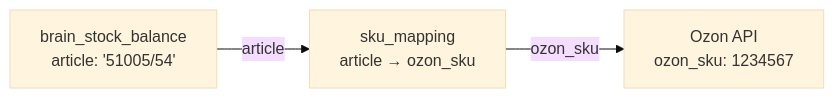
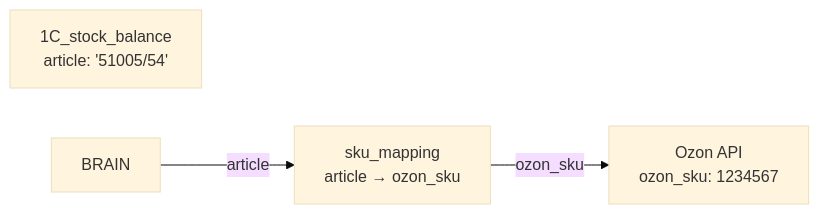
One commit to Sign25/Docs changed the second of 2 diagrams in logistic/adolf_logistic_5_1c_integration.md. Above: the diagram before and after it, drawn with Mermaid (base theme). The commit also changed other lines of this file, not shown here.

Commit message:
refactor(logistic): rename brain_* -> 1C_*, update A1 links to 1cexport

````diff
--- a/logistic/adolf_logistic_5_1c_integration.md
+++ b/logistic/adolf_logistic_5_1c_integration.md
@@ -87,8 +87,8 @@
 ```mermaid
 flowchart LR
-    BRAIN["brain_stock_balance<br/>article: '51005/54'"]
+    ONEC["1C_stock_balance<br/>article: '51005/54'"]
     SKU["sku_mapping<br/>article → ozon_sku"]
     OZON["Ozon API<br/>ozon_sku: 1234567"]
 
     BRAIN -->|article| SKU -->|ozon_sku| OZON
 ```
````
